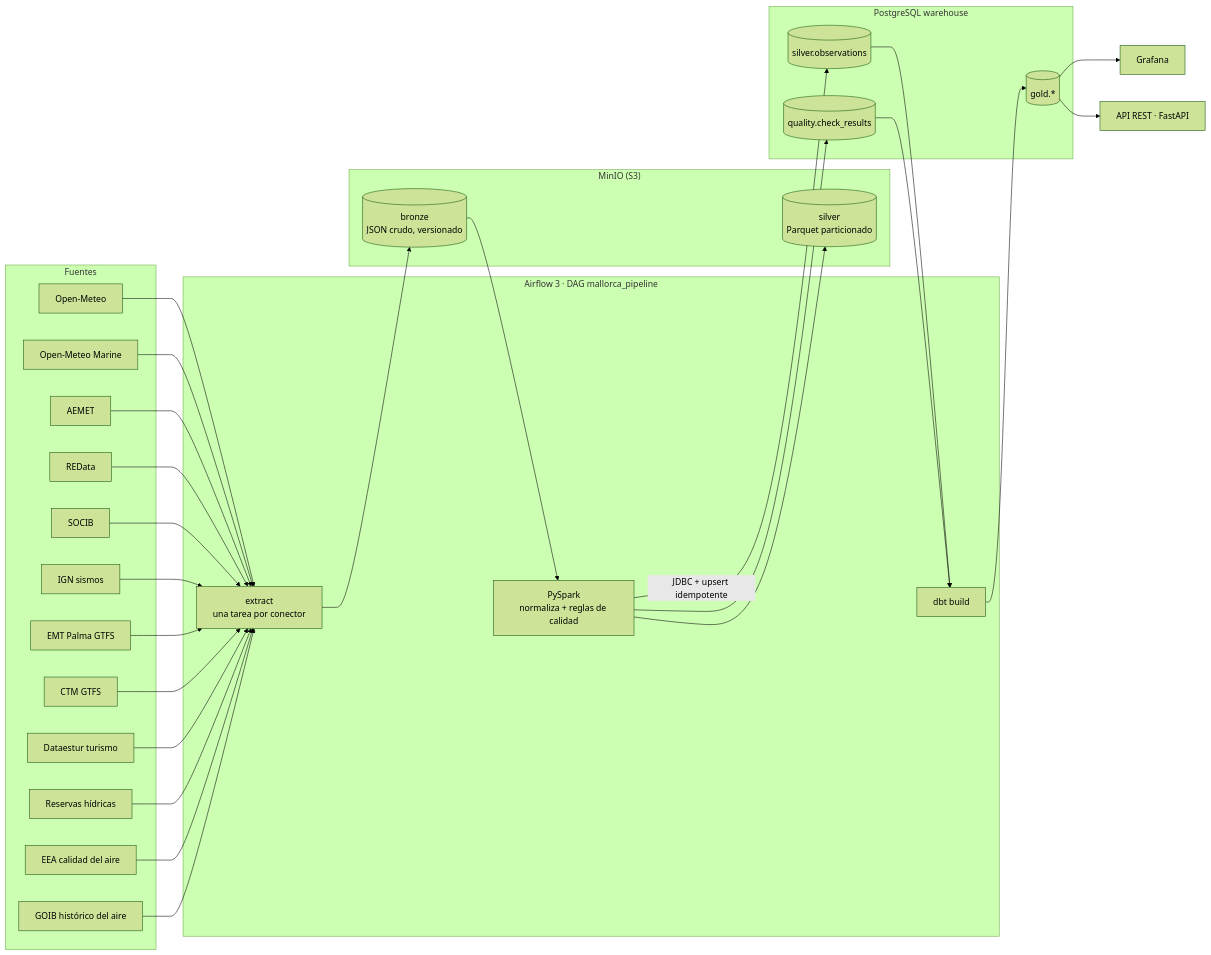
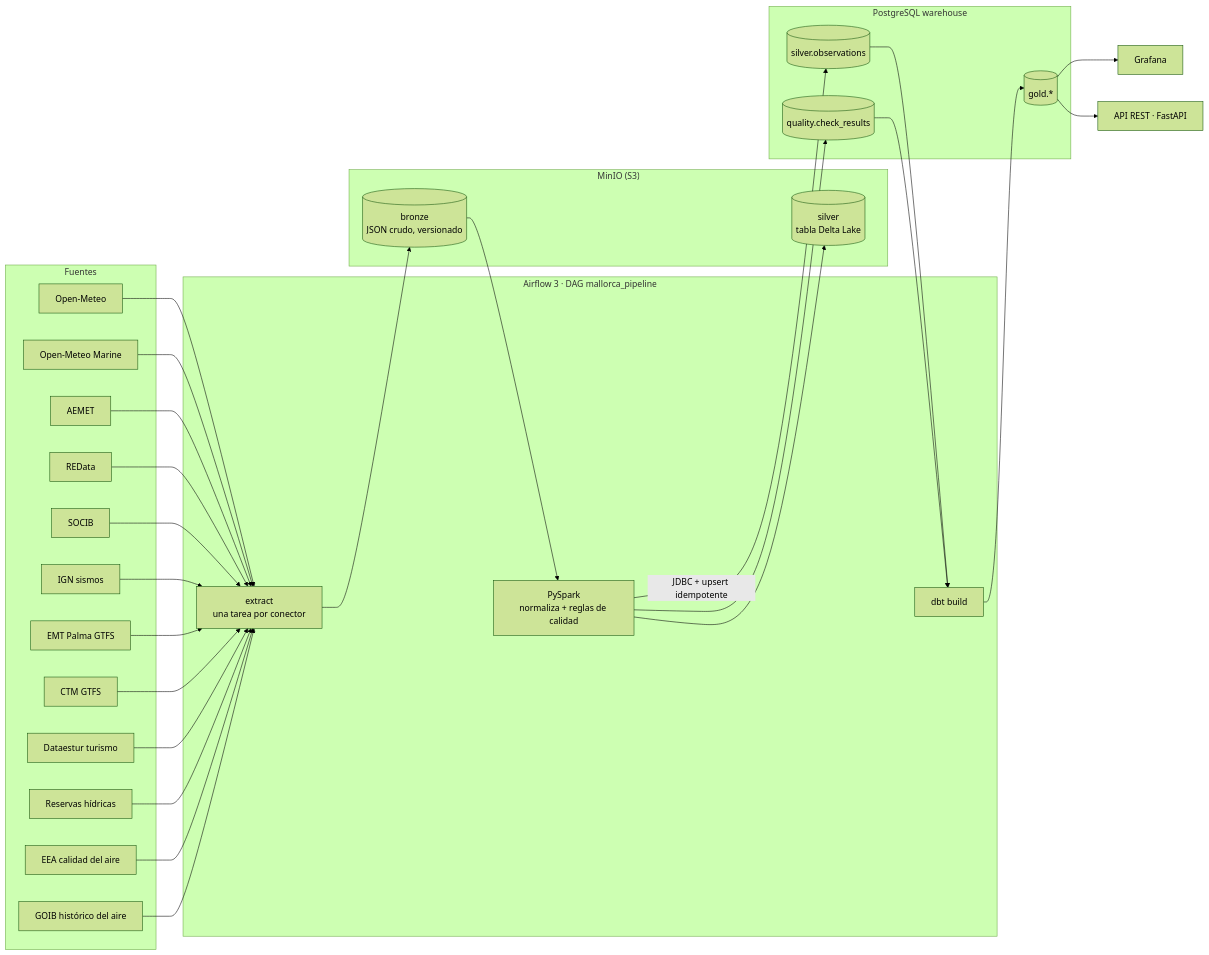
The diagram in README.md (AlexandreColl/MallorcaDataPlatform), drawn with Mermaid (forest theme) before and after one commit. The commit also changed other lines of this file and 15 other files, not shown here.

Commit message:
✨ feat(core): keep silver as a Delta Lake table with MERGE and time travel

````diff
--- a/README.md
+++ b/README.md
@@ -24,38 +24,38 @@
 ```mermaid
 flowchart LR
     subgraph Fuentes
         OM[Open-Meteo]
         OMM[Open-Meteo Marine]
         AE[AEMET]
         RD[REData]
         SO[SOCIB]
         IG[IGN sismos]
         EM[EMT Palma GTFS]
         CT[CTM GTFS]
         DE[Dataestur turismo]
         WR[Reservas hídricas]
         EA[EEA calidad del aire]
         GO[GOIB histórico del aire]
     end
     subgraph Airflow["Airflow 3 · DAG mallorca_pipeline"]
         EX[extract<br/>una tarea por conector]
         SP[PySpark<br/>normaliza + reglas de calidad]
         DBT[dbt build]
     end
     subgraph MinIO["MinIO (S3)"]
         BR[(bronze<br/>JSON crudo, versionado)]
-        SL[(silver<br/>Parquet particionado)]
+        SL[(silver<br/>tabla Delta Lake)]
     end
     subgraph PG[PostgreSQL warehouse]
         SV[(silver.observations)]
         QC[(quality.check_results)]
         GD[(gold.*)]
     end
     OM & OMM & AE & RD & SO & IG & EM & CT & DE & WR & EA & GO --> EX --> BR --> SP
     SP --> SL
     SP -->|JDBC + upsert idempotente| SV
     SP --> QC
     SV & QC --> DBT --> GD --> GF[Grafana]
     GD --> API[API REST · FastAPI]
     classDef next stroke-dasharray: 5 5
 ```
````
